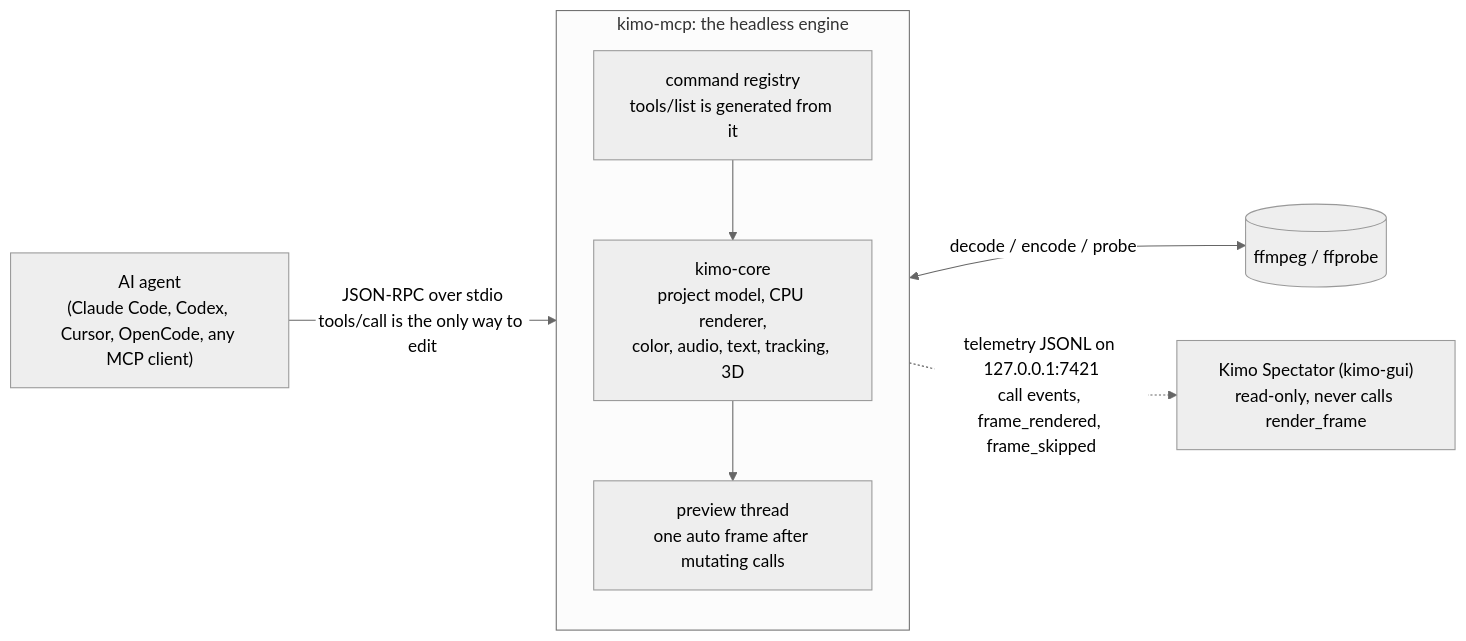
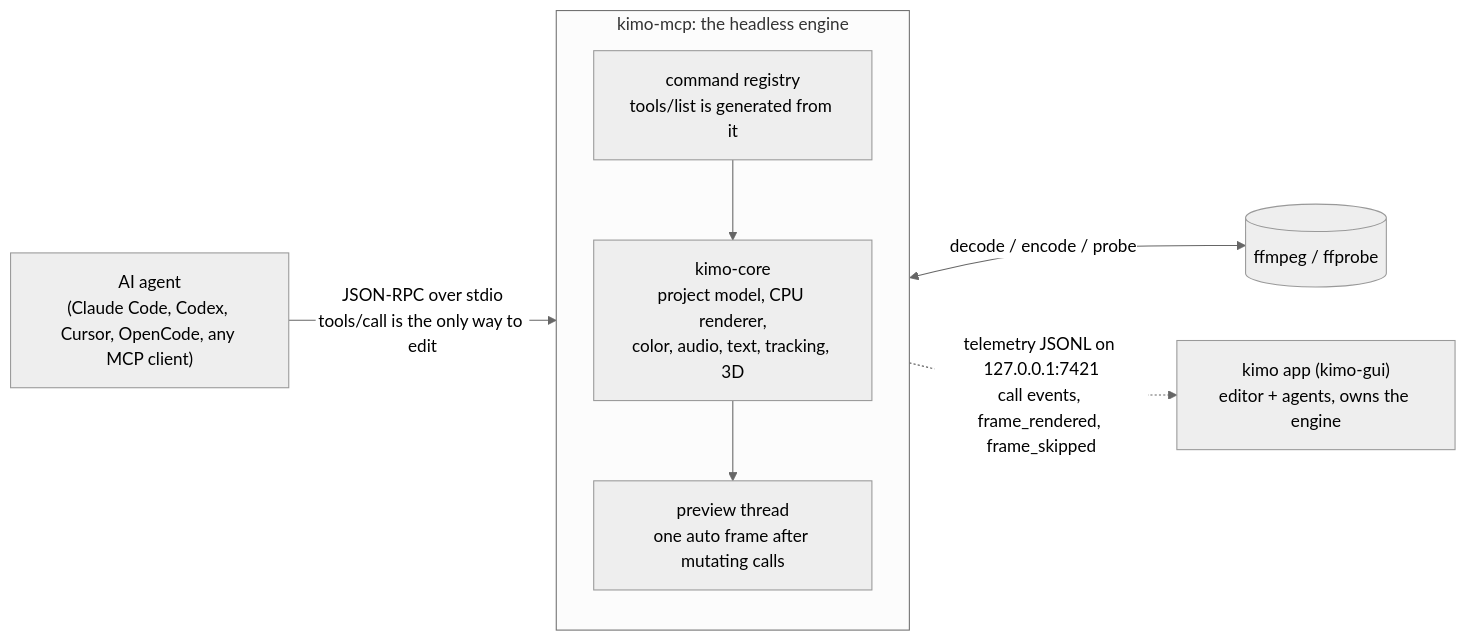
Before and after one commit to naman-sharma12345/kimo: the diagram in README.md, drawn with Mermaid (neutral theme). The commit also changed other lines of this file and 5 other files, not shown here.

First line of the commit message:
Release the kimo app as the main download; fix agent bridge idle drop

````diff
--- a/README.md
+++ b/README.md
@@ -499,16 +508,16 @@
 ```mermaid
 flowchart LR
     agent["AI agent<br/>(Claude Code, Codex, Cursor, OpenCode, any MCP client)"]
     subgraph engine["kimo-mcp: the headless engine"]
         direction TB
         reg["command registry<br/>tools/list is generated from it"]
         core["kimo-core<br/>project model, CPU renderer,<br/>color, audio, text, tracking, 3D"]
         prev["preview thread<br/>one auto frame after mutating calls"]
         reg --> core --> prev
     end
     ff[("ffmpeg / ffprobe")]
-    gui["Kimo Spectator (kimo-gui)<br/>read-only, never calls render_frame"]
+    gui["kimo app (kimo-gui)<br/>editor + agents, owns the engine"]
     agent -- "JSON-RPC over stdio<br/>tools/call is the only way to edit" --> reg
     core <-- "decode / encode / probe" --> ff
     engine -. "telemetry JSONL on 127.0.0.1:7421<br/>call events, frame_rendered, frame_skipped" .-> gui
 ```
````
